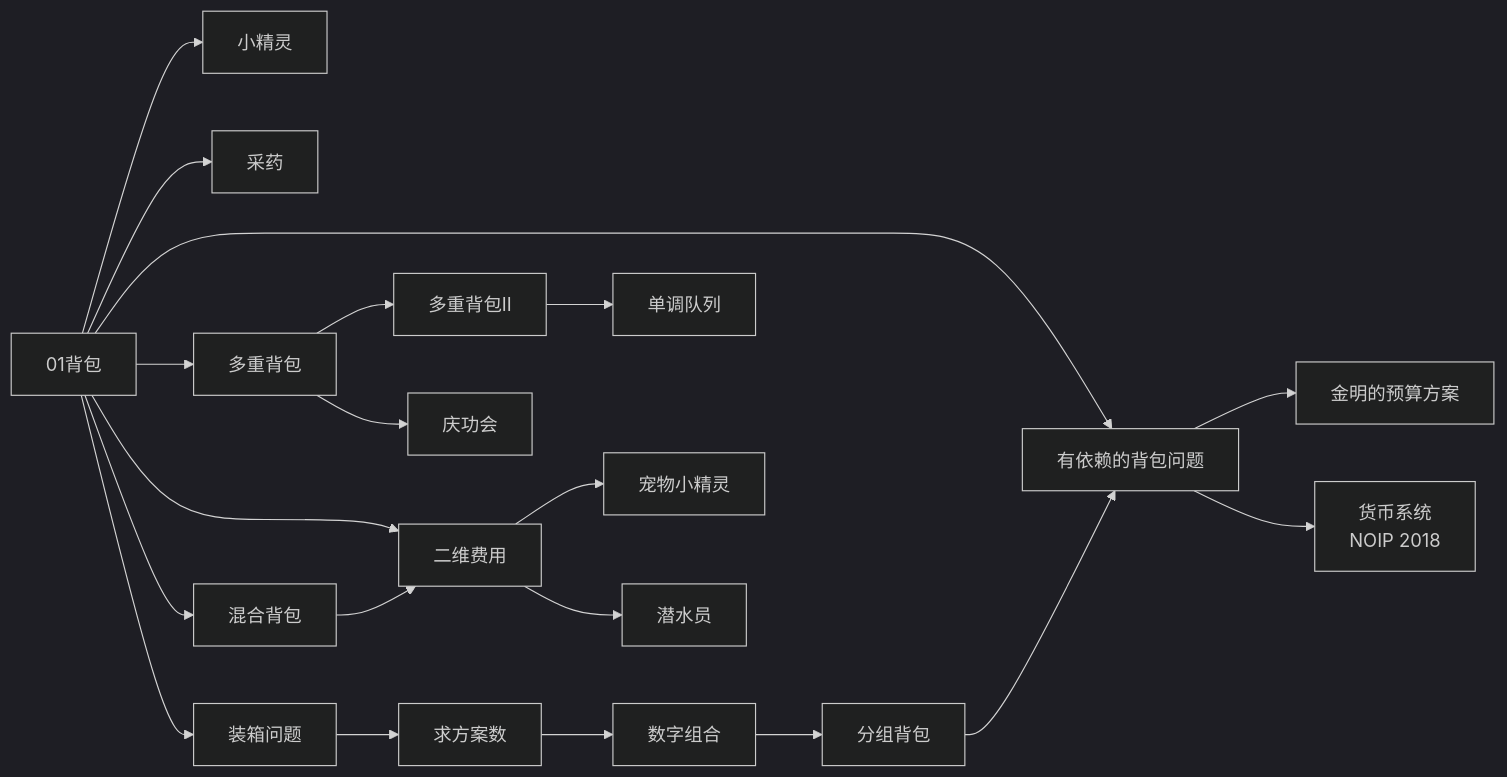
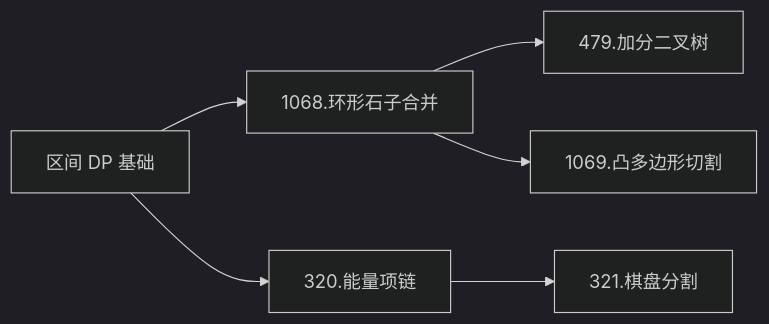
Before and after one commit to cuberxl/Coders-Note: the diagram in 6*-动态规划进阶/6*.4-区间DP.md, drawn with Mermaid (dark theme). The commit also changed other lines of this file, not shown here.

Commit message:
6*-动态规划进阶/6*.4-区间DP.md updated from https://stackedit.cn/

````diff
--- a/6*-动态规划进阶/6*.4-区间DP.md
+++ b/6*-动态规划进阶/6*.4-区间DP.md
@@ -5,45 +5,8 @@
 ```mermaid
 graph LR
-    A[01背包]
-    B[小精灵]
-    C[采药]
-    D[装箱问题]
-    E[求方案数]
-    F[数字组合]
-    G[分组背包]
-    H[多重背包]
-    I[多重背包II]
-    J[单调队列]
-    K[庆功会]
-    L[混合背包]
-    M[二维费用]
-    N[宠物小精灵]
-    O[潜水员]
-    P[有依赖的背包问题]
-    Q[金明的预算方案]
-    R[货币系统<br/>NOIP 2018]
-
-    A --> B
-    A --> C
-    A --> D
-    A --> H
-    A --> L
-    A --> M
-    A --> P
-
-    D --> E
-    E --> F
-    F --> G
-    G --> P
-
-    H --> I
-    H --> K
-    I --> J
-
-    L --> M
-    M --> N
-    M --> O
-
-    P --> Q
-    P --> R
+    A[区间 DP 基础] --> B[1068.环形石子合并]
+    A --> C[320.能量项链]
+    B --> D[479.加分二叉树]
+    B --> E[1069.凸多边形切割]
+    C --> F[321.棋盘分割]
 ```
````
